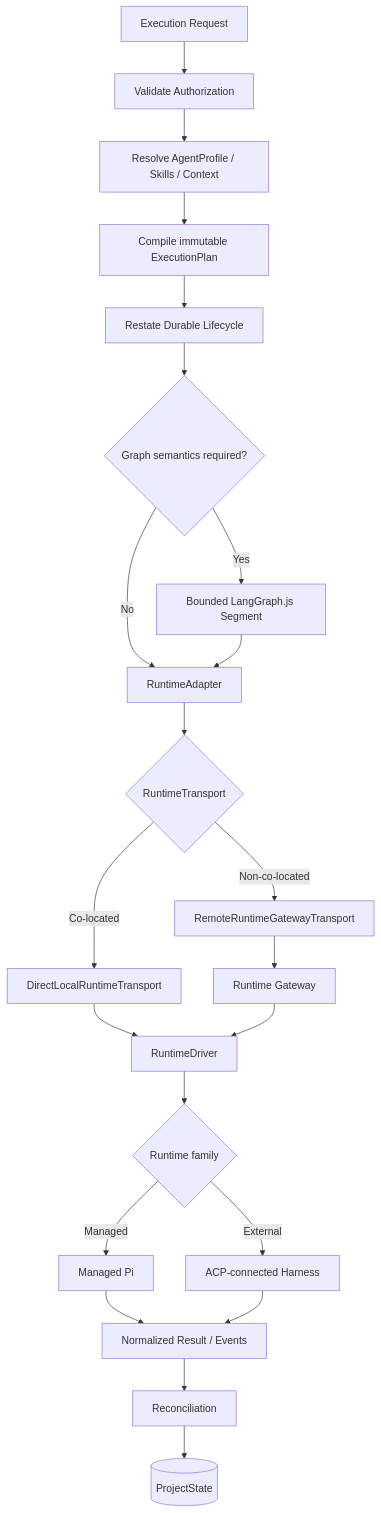
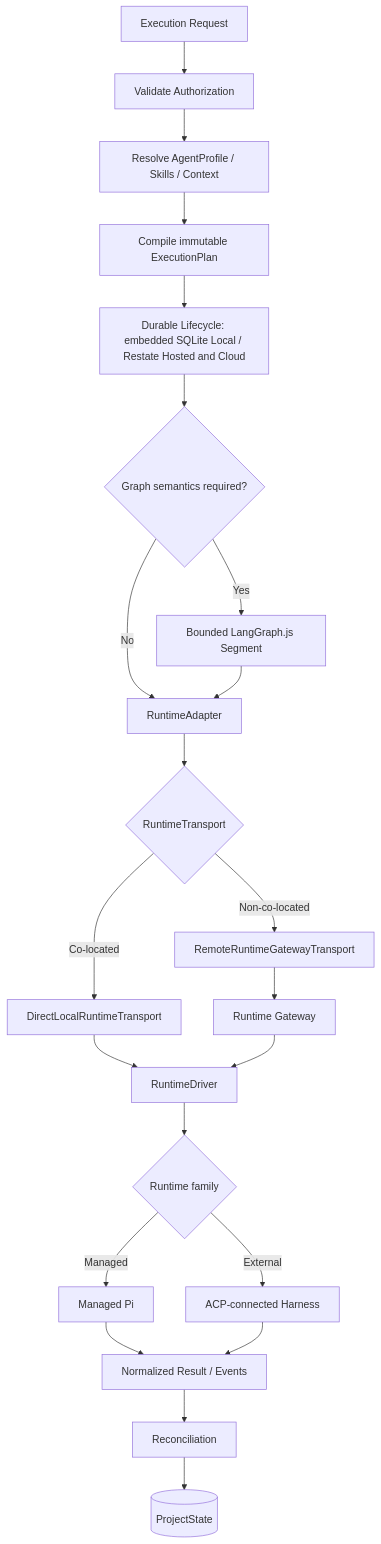
One commit to adea-ai/control-plane changed the first of 5 diagrams in docs/architecture/diagram-sources.md. Above: the diagram before and after it, drawn with Mermaid. The commit also changed other lines of this file and 1 other file, not shown here.

Commit message:
docs(m11): reconcile Local durability diagram sources

````diff
--- a/docs/architecture/diagram-sources.md
+++ b/docs/architecture/diagram-sources.md
@@ -19,24 +20,24 @@
 ```mermaid
 flowchart TB
     RQ[Execution Request] --> AUTH[Validate Authorization]
     AUTH --> RES[Resolve AgentProfile / Skills / Context]
     RES --> EP[Compile immutable ExecutionPlan]
-    EP --> RS[Restate Durable Lifecycle]
+    EP --> RS[Durable Lifecycle: embedded SQLite Local / Restate Hosted and Cloud]
     RS --> C{Graph semantics required?}
     C -->|No| RA[RuntimeAdapter]
     C -->|Yes| LG[Bounded LangGraph.js Segment]
     LG --> RA
     RA --> TR{RuntimeTransport}
     TR -->|Co-located| DL[DirectLocalRuntimeTransport]
     TR -->|Non-co-located| RG[RemoteRuntimeGatewayTransport]
     DL --> RD[RuntimeDriver]
     RG --> GW[Runtime Gateway]
     GW --> RD
     RD --> RT{Runtime family}
     RT -->|Managed| PI[Managed Pi]
     RT -->|External| ACP[ACP-connected Harness]
     PI --> OUT[Normalized Result / Events]
     ACP --> OUT
     OUT --> REC[Reconciliation]
     REC --> PS[(ProjectState)]
 ```
````
